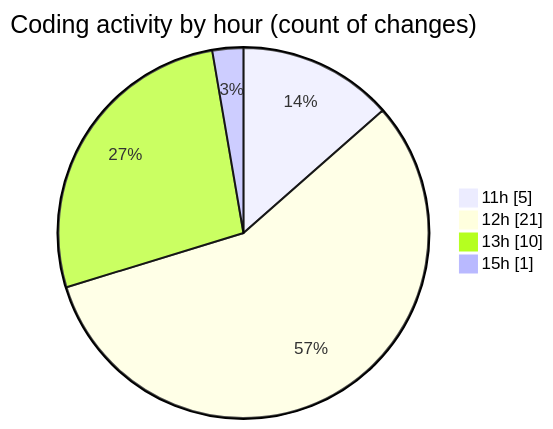
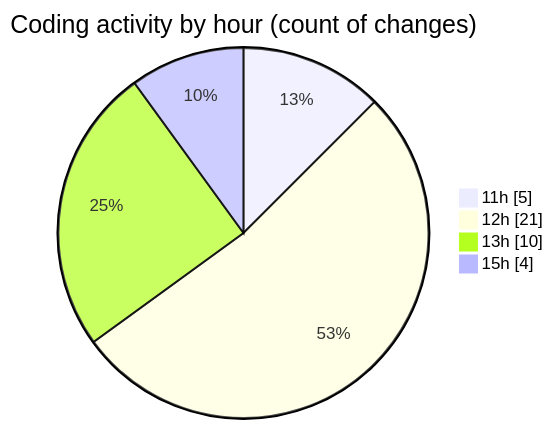
The second of 2 diagrams in 2025-03-11/projet_stage/README.md (Elitesun/code-tracking), drawn with Mermaid before and after one commit. The commit also changed other lines of this file and 1 other file, not shown here.

````diff
--- a/2025-03-11/projet_stage/README.md
+++ b/2025-03-11/projet_stage/README.md
@@ -39,8 +39,8 @@
 ```mermaid
 pie showData
 title Coding activity by hour (count of changes)
 "11h" : 5
 "12h" : 21
 "13h" : 10
-"15h" : 1
+"15h" : 4
 ```
````
